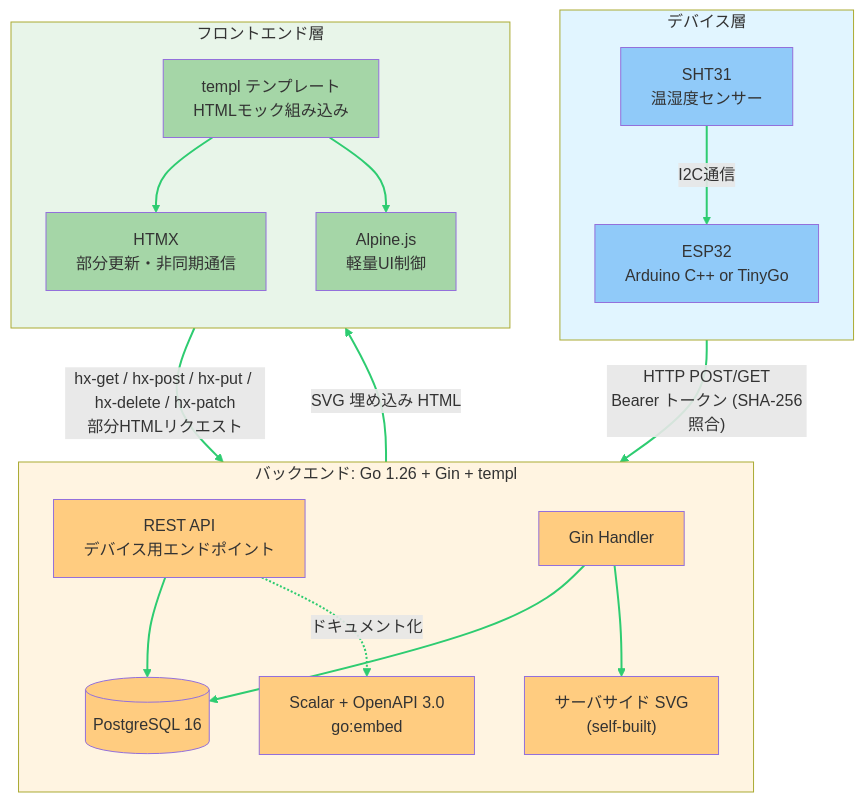
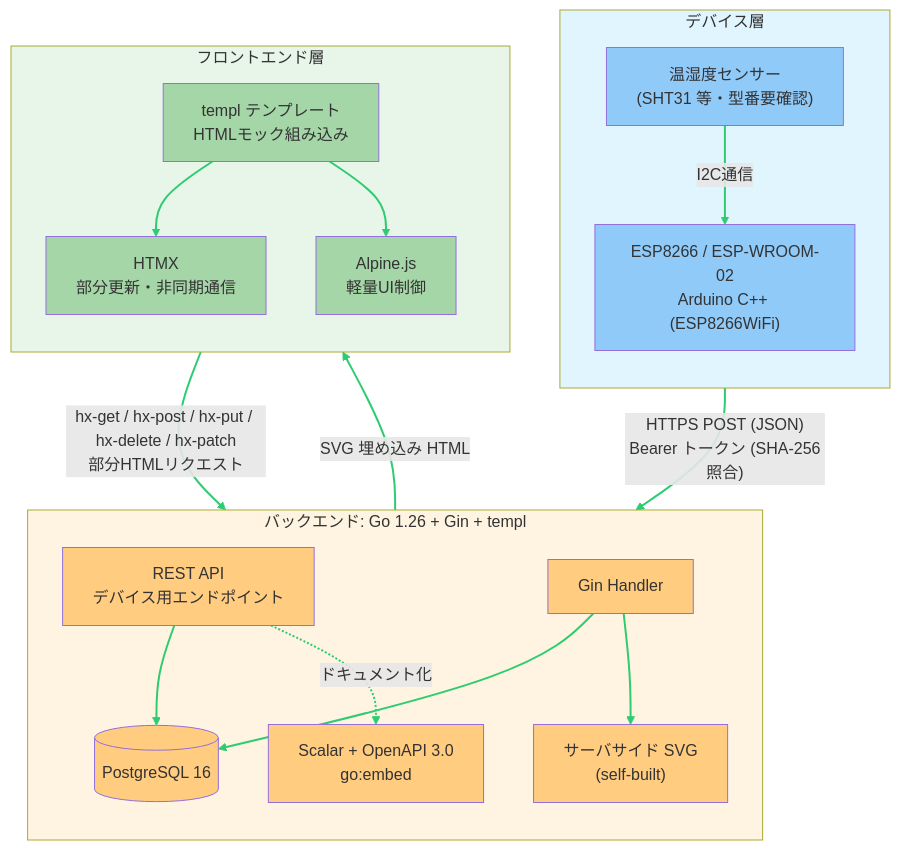
Before and after one commit to HiroshiKawano/go_iot: the diagram in 2cc_sdd/システム構成図.md, drawn with Mermaid. The commit also changed other lines of this file and 18 other files, not shown here.

````diff
--- a/2cc_sdd/システム構成図.md
+++ b/2cc_sdd/システム構成図.md
@@ -35,51 +35,51 @@
 ```mermaid
 graph TB
     subgraph Device["デバイス層"]
         direction TB
-        SHT["SHT31<br/>温湿度センサー"]
-        ESP["ESP32<br/>Arduino C++ or TinyGo"]
+        SHT["温湿度センサー<br/>(SHT31 等・型番要確認)"]
+        ESP["ESP8266 / ESP-WROOM-02<br/>Arduino C++ (ESP8266WiFi)"]
         SHT -->|I2C通信| ESP
     end
 
     subgraph Backend["バックエンド: Go 1.26 + Gin + templ"]
         direction TB
         API["REST API<br/>デバイス用エンドポイント"]
         HDLR["Gin Handler"]
         SCALAR["Scalar + OpenAPI 3.0<br/>go:embed"]
         CHART["サーバサイド SVG<br/>(self-built)"]
         DB[(PostgreSQL 16)]
         API --> DB
         HDLR --> DB
         HDLR --> CHART
         API -.ドキュメント化.-> SCALAR
     end
 
     subgraph Frontend["フロントエンド層"]
         direction TB
         TEMPL["templ テンプレート<br/>HTMLモック組み込み"]
         HTMX["HTMX<br/>部分更新・非同期通信"]
         ALPINE["Alpine.js<br/>軽量UI制御"]
         TEMPL --> HTMX
         TEMPL --> ALPINE
     end
 
-    ESP   -->|"HTTP POST/GET<br/>Bearer トークン (SHA-256照合)"| API
+    ESP   -->|"HTTPS POST (JSON)<br/>Bearer トークン (SHA-256照合)"| API
     CHART -->|"SVG 埋め込み HTML"| TEMPL
     HTMX  -->|"hx-get / hx-post / hx-put / hx-delete / hx-patch<br/>部分HTMLリクエスト"| HDLR
 
     style Device fill:#e1f5ff
     style Backend fill:#fff4e1
     style Frontend fill:#e8f5e9
     style ESP fill:#90caf9
     style SHT fill:#90caf9
     style API fill:#ffcc80
     style HDLR fill:#ffcc80
     style DB fill:#ffcc80
     style CHART fill:#ffcc80
     style SCALAR fill:#ffcc80
     style TEMPL fill:#a5d6a7
     style HTMX fill:#a5d6a7
     style ALPINE fill:#a5d6a7
 
     linkStyle 0,1,2,3,4,5,6,7,8,9 stroke:#2ecc71,stroke-width:2px
 ```
````
